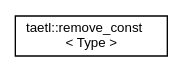
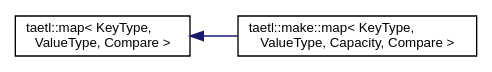
Before and after one commit to tobanteAudio/taetl: the diagram in inherit_graph_15.dot, drawn with Graphviz. The commit also changed 142 other files, not shown here.

```diff
--- a/inherit_graph_15.dot
+++ b/inherit_graph_15.dot
@@ -1,7 +1,9 @@
 digraph "Graphical Class Hierarchy"
 {
   edge [fontname="Helvetica",fontsize="10",labelfontname="Helvetica",labelfontsize="10"];
   node [fontname="Helvetica",fontsize="10",shape=record];
   rankdir="LR";
-  Node0 [label="taetl::remove_const\l\< Type \>",height=0.2,width=0.4,color="black", fillcolor="white", style="filled",URL="$structtaetl_1_1remove__const.html"];
+  Node0 [label="taetl::map\< KeyType,\l ValueType, Compare \>",height=0.2,width=0.4,color="black", fillcolor="white", style="filled",URL="$classtaetl_1_1map.html"];
+  Node0 -> Node1 [dir="back",color="midnightblue",fontsize="10",style="solid",fontname="Helvetica"];
+  Node1 [label="taetl::make::map\< KeyType,\l ValueType, Capacity, Compare \>",height=0.2,width=0.4,color="black", fillcolor="white", style="filled",URL="$classtaetl_1_1make_1_1map.html"];
 }
```
